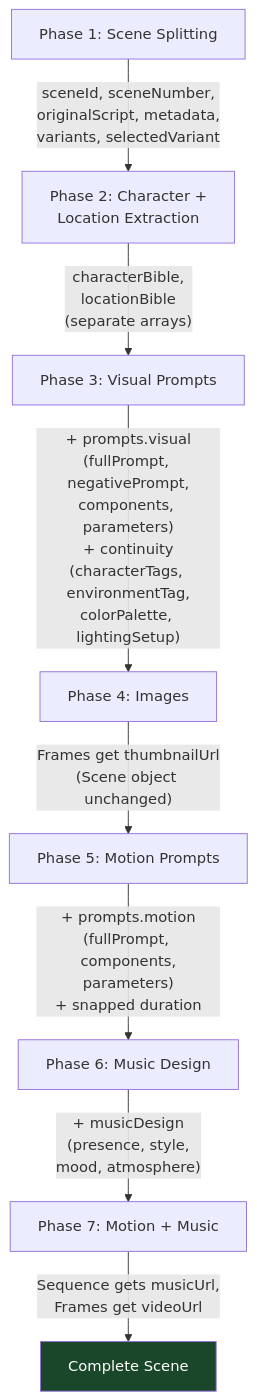
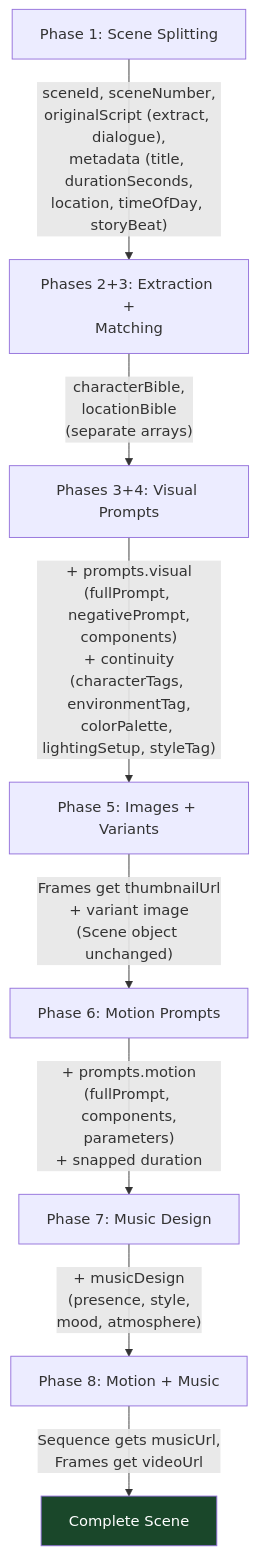
Before and after one commit to hhwjsw711/openstory: the sixth of 6 diagrams in docs/workflow.md, drawn with Mermaid. The commit also changed other lines of this file, not shown here.

Commit message:
Updated workflow diagram

````diff
--- a/docs/workflow.md
+++ b/docs/workflow.md
@@ -397,12 +431,12 @@
 ```mermaid
 flowchart TD
-    P1["Phase 1: Scene Splitting"] -->|"sceneId, sceneNumber,<br/>originalScript, metadata,<br/>variants, selectedVariant"| P2
-    P2["Phase 2: Character +<br/>Location Extraction"] -->|"characterBible,<br/>locationBible<br/>(separate arrays)"| P3
-    P3["Phase 3: Visual Prompts"] -->|"+ prompts.visual<br/>(fullPrompt, negativePrompt,<br/>components, parameters)<br/>+ continuity<br/>(characterTags, environmentTag,<br/>colorPalette, lightingSetup)"| P4
-    P4["Phase 4: Images"] -->|"Frames get thumbnailUrl<br/>(Scene object unchanged)"| P5
-    P5["Phase 5: Motion Prompts"] -->|"+ prompts.motion<br/>(fullPrompt, components,<br/>parameters)<br/>+ snapped duration"| P6
-    P6["Phase 6: Music Design"] -->|"+ musicDesign<br/>(presence, style,<br/>mood, atmosphere)"| P7
-    P7["Phase 7: Motion + Music"] -->|"Sequence gets musicUrl,<br/>Frames get videoUrl"| Final["Complete Scene"]
+    P1["Phase 1: Scene Splitting"] -->|"sceneId, sceneNumber,<br/>originalScript (extract, dialogue),<br/>metadata (title, durationSeconds,<br/>location, timeOfDay, storyBeat)"| P2
+    P2["Phases 2+3: Extraction +<br/>Matching"] -->|"characterBible,<br/>locationBible<br/>(separate arrays)"| P3
+    P3["Phases 3+4: Visual Prompts"] -->|"+ prompts.visual<br/>(fullPrompt, negativePrompt,<br/>components)<br/>+ continuity<br/>(characterTags, environmentTag,<br/>colorPalette, lightingSetup, styleTag)"| P5
+    P5["Phase 5: Images + Variants"] -->|"Frames get thumbnailUrl<br/>+ variant image<br/>(Scene object unchanged)"| P6
+    P6["Phase 6: Motion Prompts"] -->|"+ prompts.motion<br/>(fullPrompt, components,<br/>parameters)<br/>+ snapped duration"| P7
+    P7["Phase 7: Music Design"] -->|"+ musicDesign<br/>(presence, style,<br/>mood, atmosphere)"| P8
+    P8["Phase 8: Motion + Music"] -->|"Sequence gets musicUrl,<br/>Frames get videoUrl"| Final["Complete Scene"]
 
     style Final fill:#1a472a,color:#fff
 ```
````
